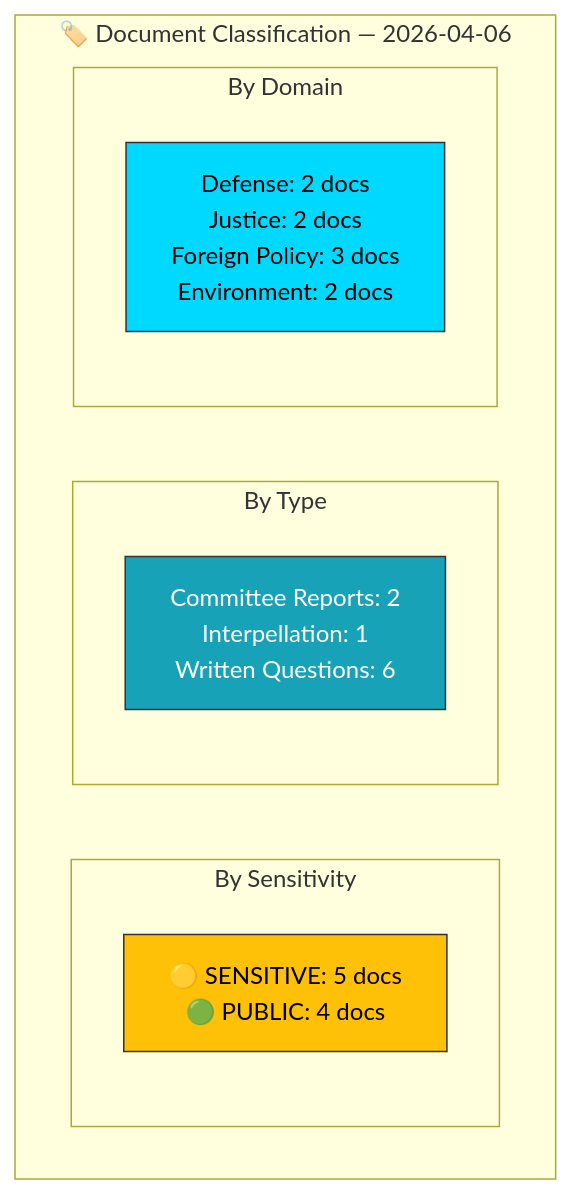
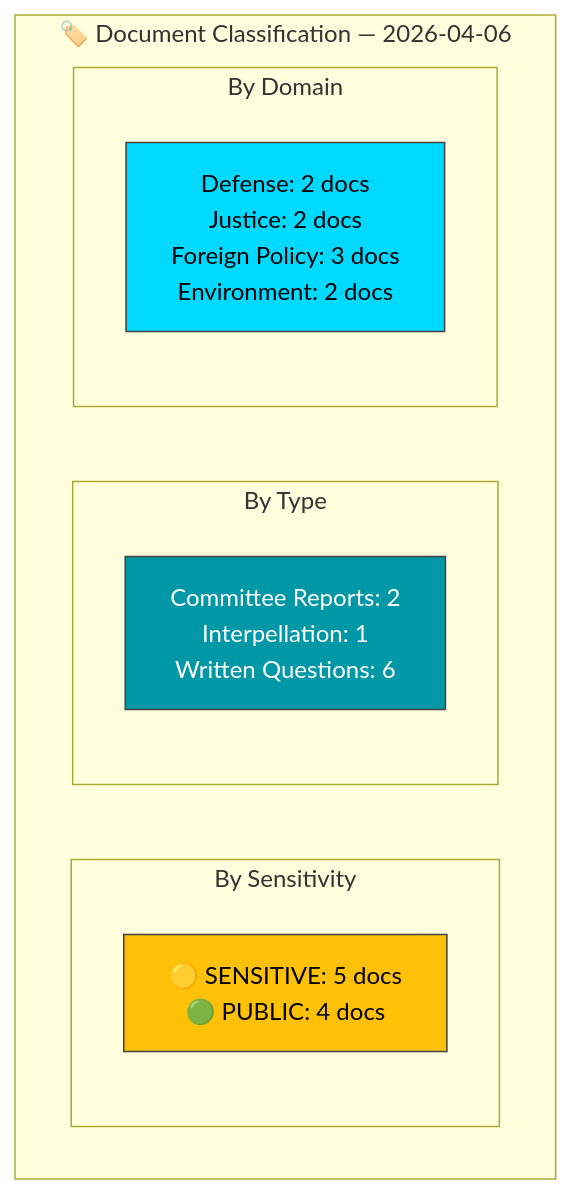
Before and after one commit to Hack23/riksdagsmonitor: the diagram in analysis/daily/2026-04-06/realtime-1420/classification-results.md, drawn with Mermaid. The commit also changed 785 other files, not shown here.

First line of the commit message:
Normalize mermaid colors across 786 analysis artifacts to ISMS Style Guide palette

````diff
--- a/analysis/daily/2026-04-06/realtime-1420/classification-results.md
+++ b/analysis/daily/2026-04-06/realtime-1420/classification-results.md
@@ -21,18 +21,18 @@
 ```mermaid
 graph TD
     subgraph "🏷️ Document Classification — 2026-04-06"
         subgraph "By Sensitivity"
             SEN["🟡 SENSITIVE: 5 docs<br/>🟢 PUBLIC: 4 docs"]
         end
         subgraph "By Type"
             TYP["Committee Reports: 2<br/>Interpellation: 1<br/>Written Questions: 6"]
         end
         subgraph "By Domain"
             DOM["Defense: 2 docs<br/>Justice: 2 docs<br/>Foreign Policy: 3 docs<br/>Environment: 2 docs"]
         end
     end
 
-    style SEN fill:#ffc107,stroke:#333,color:#000
-    style TYP fill:#17a2b8,stroke:#333,color:#fff
-    style DOM fill:#00d9ff,stroke:#333,color:#000
+    style SEN fill:#FFC107,stroke:#424242,color:#000000
+    style TYP fill:#0097A7,stroke:#424242,color:#FFFFFF
+    style DOM fill:#00d9ff,stroke:#424242,color:#000000
 ```
````
